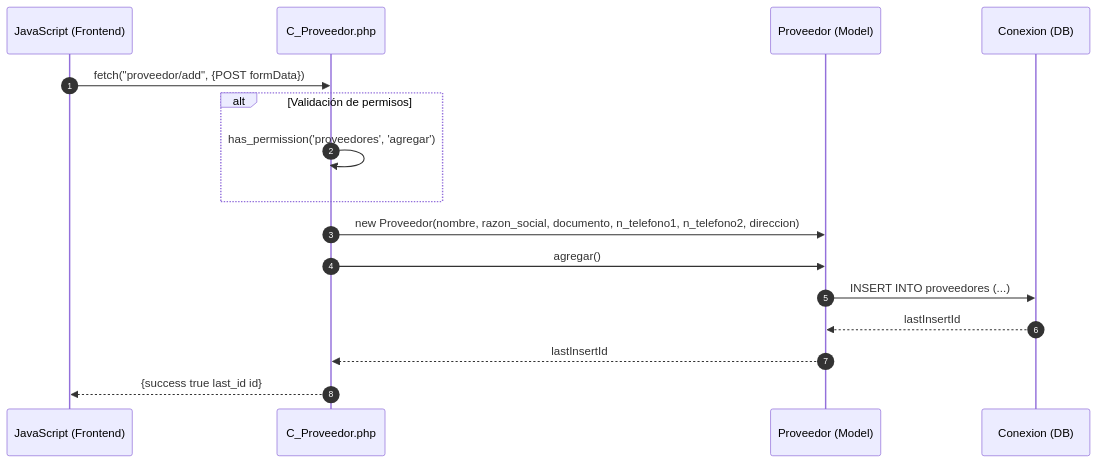
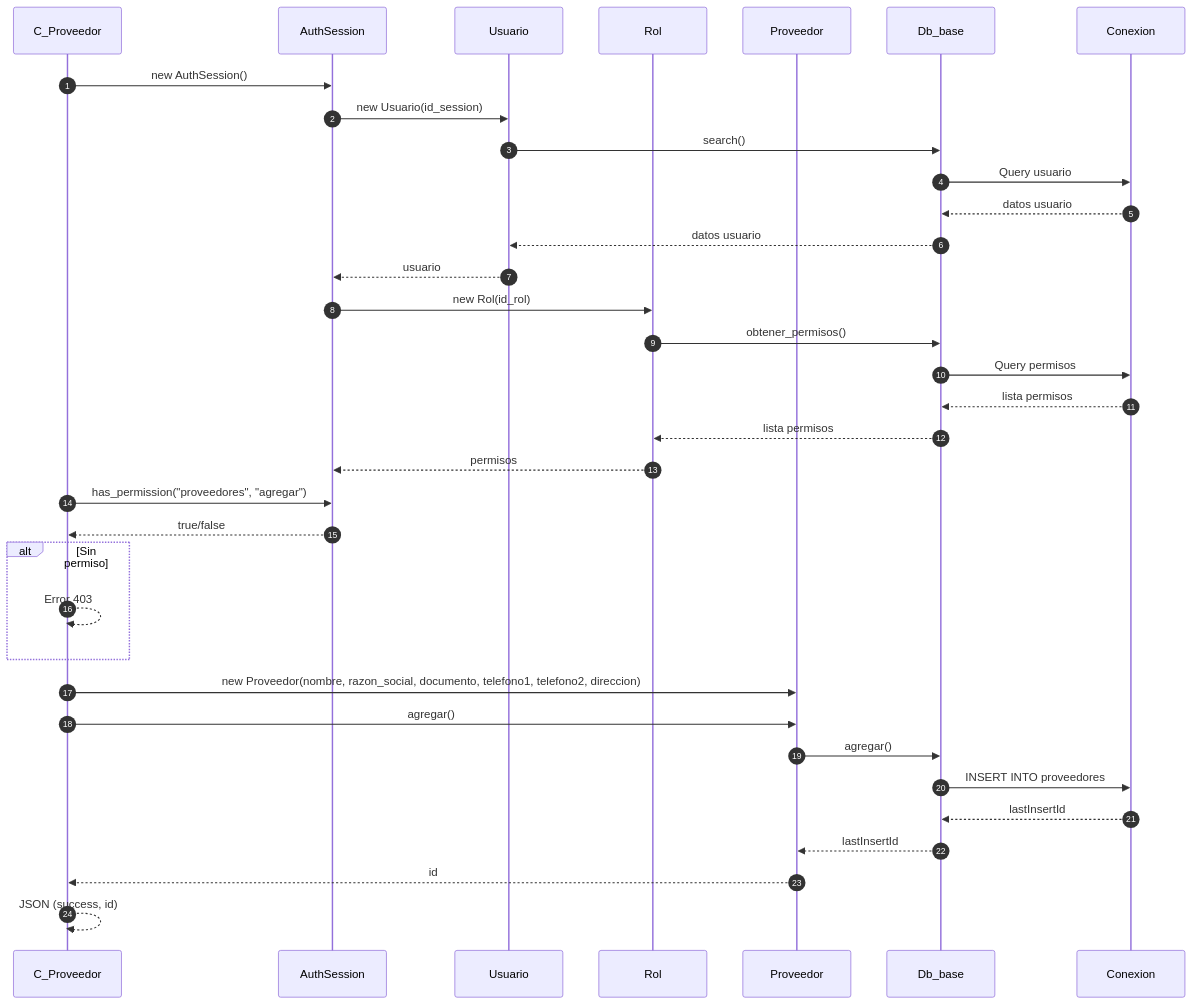
Before and after one commit to Tecrato/BurgerHouse: the first of 4 diagrams in docs/secuencia/proveedores/proveedores.md, drawn with Mermaid. The commit also changed other lines of this file and 13 other files, not shown here.

First line of the commit message:
diagramas actualizaos

````diff
--- a/docs/secuencia/proveedores/proveedores.md
+++ b/docs/secuencia/proveedores/proveedores.md
@@ -5,23 +5,43 @@
 ```mermaid
 sequenceDiagram
     autonumber
-    participant JS as JavaScript (Frontend)
-    participant C_Proveedor as C_Proveedor.php
-    participant Proveedor as Proveedor (Model)
-    participant DB as Conexion (DB)
+    participant C_Proveedor as C_Proveedor
+    participant AuthSession as AuthSession
+    participant Usuario as Usuario
+    participant Rol as Rol
+    participant Proveedor as Proveedor
+    participant Db_base as Db_base
+    participant Conexion as Conexion
     
-    JS->>C_Proveedor: fetch("proveedor/add", {POST formData})
+    C_Proveedor->>AuthSession: new AuthSession()
+    AuthSession->>Usuario: new Usuario(id_session)
+    Usuario->>Db_base: search()
+    Db_base->>Conexion: Query usuario
+    Conexion-->>Db_base: datos usuario
+    Db_base-->>Usuario: datos usuario
+    Usuario-->>AuthSession: usuario
     
-    alt Validación de permisos
-        C_Proveedor->>C_Proveedor: has_permission('proveedores', 'agregar')
+    AuthSession->>Rol: new Rol(id_rol)
+    Rol->>Db_base: obtener_permisos()
+    Db_base->>Conexion: Query permisos
+    Conexion-->>Db_base: lista permisos
+    Db_base-->>Rol: lista permisos
+    Rol-->>AuthSession: permisos
+    
+    C_Proveedor->>AuthSession: has_permission("proveedores", "agregar")
+    AuthSession-->>C_Proveedor: true/false
+    
+    alt Sin permiso
+        C_Proveedor-->>C_Proveedor: Error 403
     end
     
-    C_Proveedor->>Proveedor: new Proveedor(nombre, razon_social, documento, n_telefono1, n_telefono2, direccion)
+    C_Proveedor->>Proveedor: new Proveedor(nombre, razon_social, documento, telefono1, telefono2, direccion)
+    C_Proveedor->>Proveedor: agregar()
+    Proveedor->>Db_base: agregar()
+    Db_base->>Conexion: INSERT INTO proveedores
+    Conexion-->>Db_base: lastInsertId
+    Db_base-->>Proveedor: lastInsertId
+    Proveedor-->>C_Proveedor: id
     
-    C_Proveedor->>Proveedor: agregar()
-    Proveedor->>DB: INSERT INTO proveedores (...)
-    DB-->>Proveedor: lastInsertId
-    Proveedor-->>C_Proveedor: lastInsertId
-    
-    C_Proveedor-->>JS: {success true last_id id}
+    C_Proveedor-->>C_Proveedor: JSON (success, id)
 ```
````
